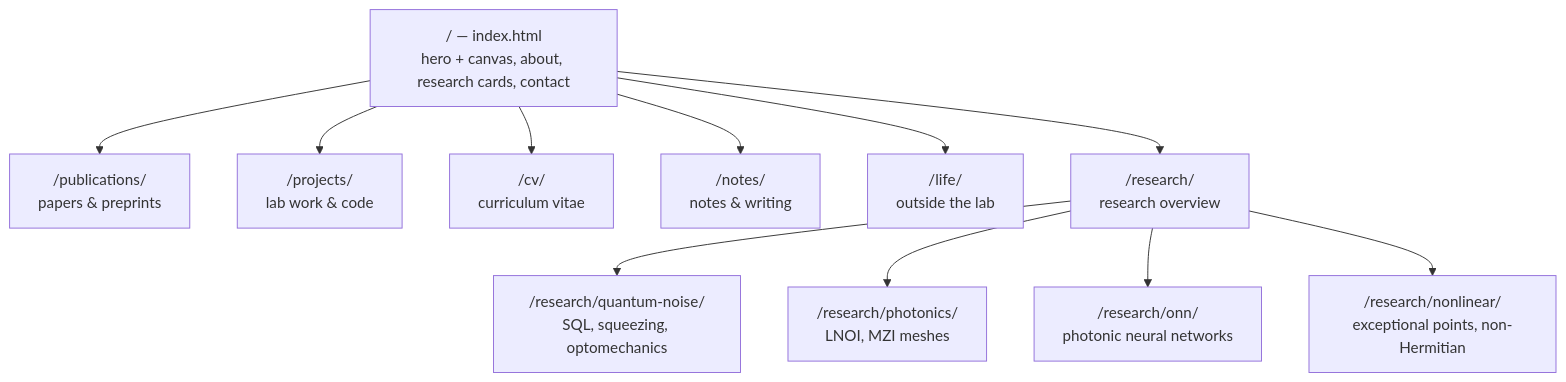
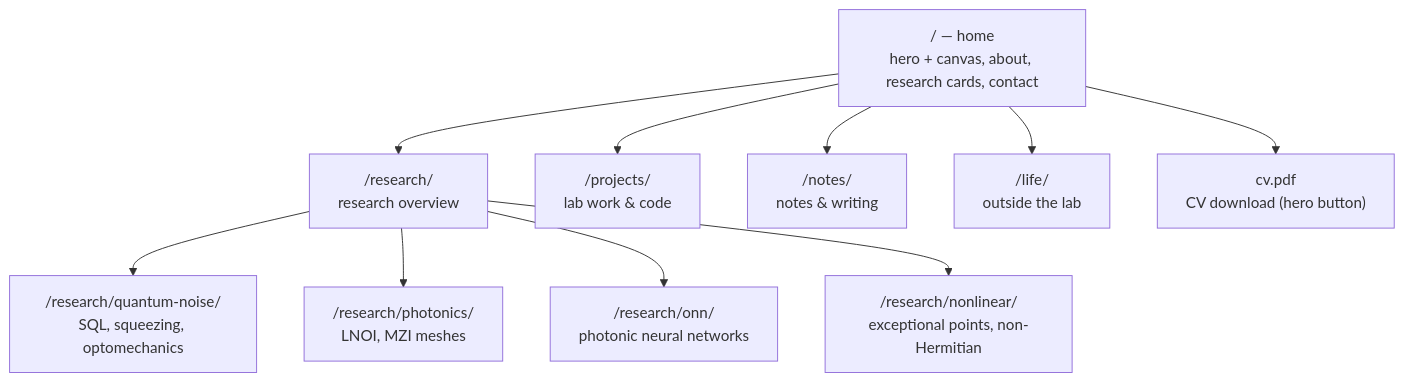
One commit to AleksandrMovsisian/AleksandrMovsisian.github.io changed the diagram in PROJECT.md. Above: the diagram before and after it, drawn with Mermaid. The commit also changed other lines of this file and 7 other files, not shown here.

Commit message:
Trim nav to four items; first-name hero; CV as PDF download; remove RQC node; drop publications/ and cv/

````diff
--- a/PROJECT.md
+++ b/PROJECT.md
@@ -42,25 +148,23 @@
 ```mermaid
 flowchart TD
-    HOME["/ — index.html<br>hero + canvas, about, research cards, contact"]
-    PUB["/publications/<br>papers & preprints"]
+    HOME["/ — home<br>hero + canvas, about, research cards, contact"]
+    RES["/research/<br>research overview"]
     PRJ["/projects/<br>lab work & code"]
-    CV["/cv/<br>curriculum vitae"]
     NOTES["/notes/<br>notes & writing"]
     LIFE["/life/<br>outside the lab"]
-    RES["/research/<br>research overview"]
+    CVPDF["cv.pdf<br>CV download (hero button)"]
     QN["/research/quantum-noise/<br>SQL, squeezing, optomechanics"]
     PH["/research/photonics/<br>LNOI, MZI meshes"]
     ONN["/research/onn/<br>photonic neural networks"]
     NL["/research/nonlinear/<br>exceptional points, non-Hermitian"]
 
-    HOME --> PUB
+    HOME --> RES
     HOME --> PRJ
-    HOME --> CV
     HOME --> NOTES
     HOME --> LIFE
-    HOME --> RES
+    HOME --> CVPDF
     RES --> QN
     RES --> PH
     RES --> ONN
     RES --> NL
 ```
````
